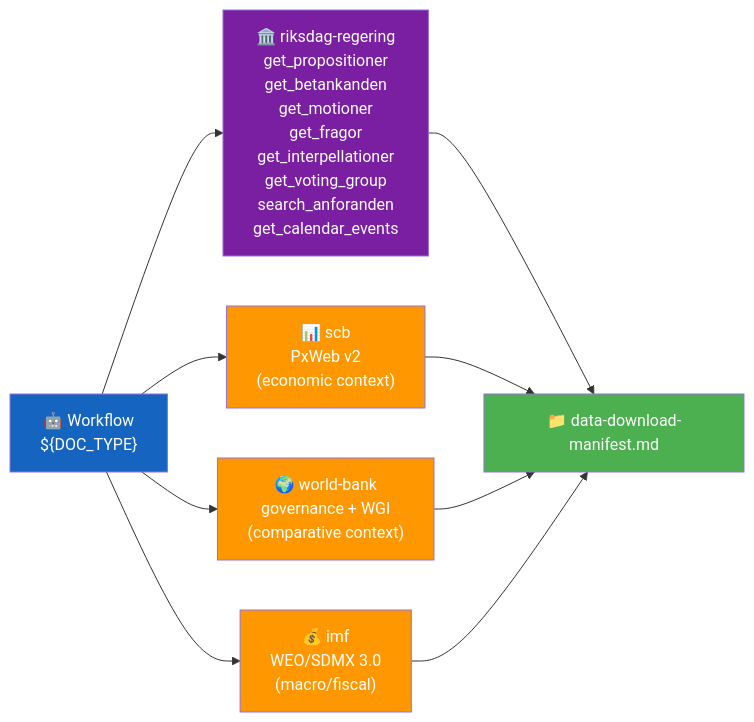
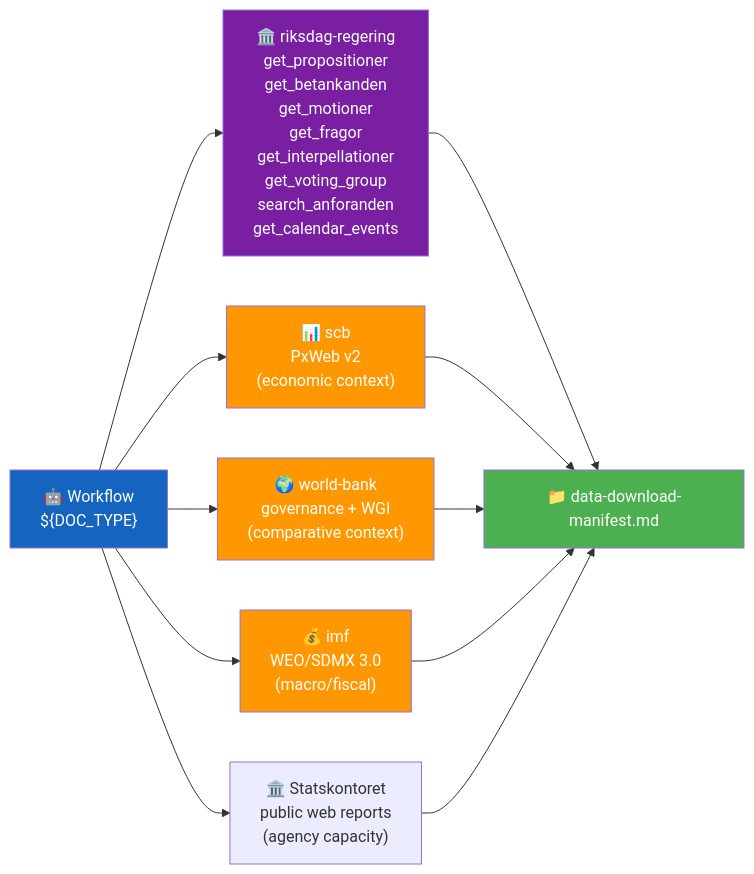
The diagram in analysis/templates/data-download-manifest.md (Hack23/riksdagsmonitor), drawn with Mermaid before and after one commit. The commit also changed other lines of this file and 41 other files, not shown here.

````diff
--- a/analysis/templates/data-download-manifest.md
+++ b/analysis/templates/data-download-manifest.md
@@ -60,18 +60,20 @@
 ```mermaid
 flowchart LR
     WF["🤖 Workflow<br/>${DOC_TYPE}"] --> T1["🏛️ riksdag-regering<br/>get_propositioner<br/>get_betankanden<br/>get_motioner<br/>get_fragor<br/>get_interpellationer<br/>get_voting_group<br/>search_anforanden<br/>get_calendar_events"]
     WF --> T2["📊 scb<br/>PxWeb v2<br/>(economic context)"]
     WF --> T3["🌍 world-bank<br/>governance + WGI<br/>(comparative context)"]
     WF --> T4["💰 imf<br/>WEO/SDMX 3.0<br/>(macro/fiscal)"]
+    WF --> T5["🏛️ Statskontoret<br/>public web reports<br/>(agency capacity)"]
     T1 --> OUT["📁 data-download-manifest.md"]
     T2 --> OUT
     T3 --> OUT
     T4 --> OUT
+    T5 --> OUT
 
     style WF fill:#1565C0,color:#FFFFFF
     style T1 fill:#7B1FA2,color:#FFFFFF
     style T2 fill:#FF9800,color:#FFFFFF
     style T3 fill:#FF9800,color:#FFFFFF
     style T4 fill:#FF9800,color:#FFFFFF
     style OUT fill:#4CAF50,color:#FFFFFF
 ```
````
